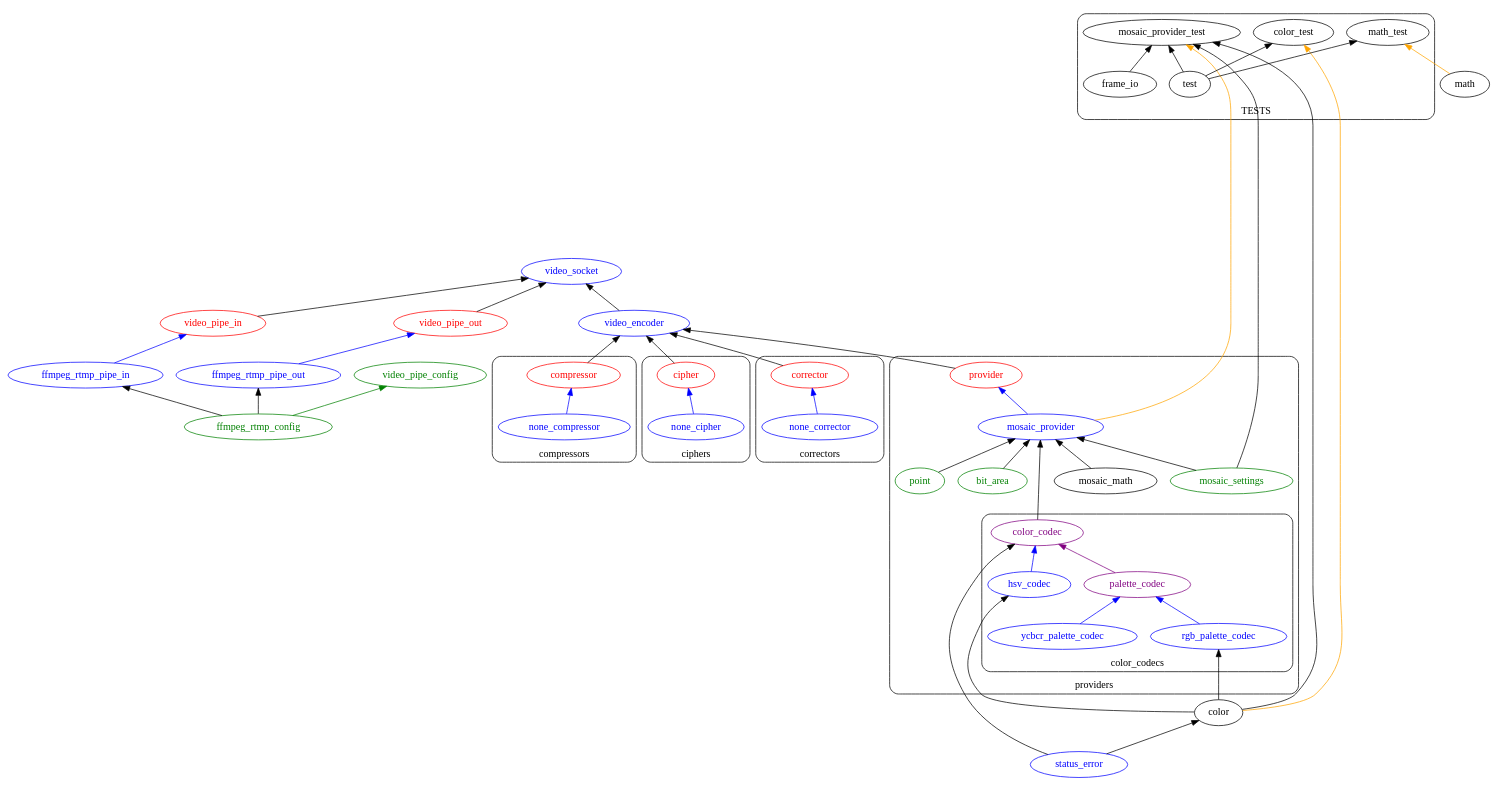
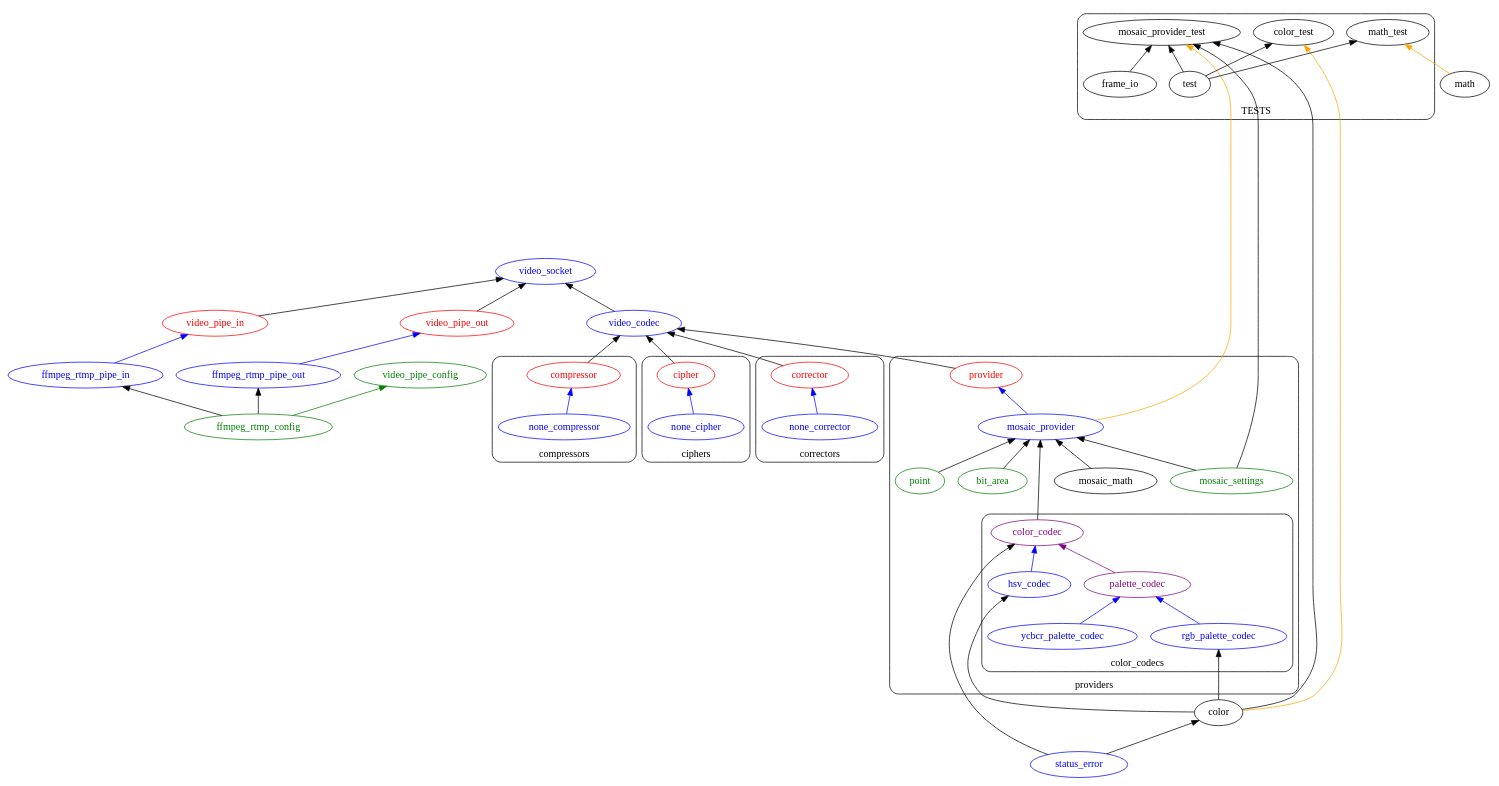
One commit to libera-cifero/Korra changed the diagram in docs/architecture.dot. Above: the diagram before and after it, drawn with Graphviz. The commit also changed 90 other files, not shown here.

Commit message:
encoder->codec

```diff
--- a/docs/architecture.dot
+++ b/docs/architecture.dot
@@ -1,188 +1,188 @@
 digraph {
     rankdir=BT;
 
     subgraph src{
         subgraph encoder{
             subgraph cluster_providers {
                 label="providers";
                 style=rounded;
                 color=black;
 
                 provider[
                     color=red;
                     fontcolor=red;
                 ];
                 mosaic_provider[
                     color=blue;
                     fontcolor=blue;
                 ];
 
                 subgraph mosaic {
                     bit_area [fontcolor=green; color = green;];
                     point [fontcolor=green; color = green;];
                     mosaic_math;
                     mosaic_settings [fontcolor=green; color = green;];
                     
                     mosaic_settings->mosaic_provider;
                     
                     point->mosaic_provider;
 
                     bit_area->mosaic_provider;
 
                     mosaic_math->mosaic_provider;
                     
 
                     
                     subgraph cluster_color_codecs{
                         label="color_codecs";
                         color_codec [
                             color=purple;
                             fontcolor=purple;
                         ];
                         hsv_codec [
                             color=blue;
                             fontcolor=blue;
                         ];
                         palette_codec[
                             color=purple;
                             fontcolor=purple;
                         ];
                         rgb_palette_codec[
                             color=blue;
                             fontcolor=blue;
                         ];
                         ycbcr_palette_codec[
                             color=blue;
                             fontcolor=blue;
                         ];
                         hsv_codec->color_codec [color=blue; ];
                         palette_codec->color_codec[color=purple;];   
                         rgb_palette_codec->palette_codec [color=blue;];
                         ycbcr_palette_codec->palette_codec [color=blue];
                     }
                     color_codec->mosaic_provider [minlen=2;];
                 }
 
                 mosaic_provider->provider[color = blue;];
             }
             subgraph cluster_compressors {
                 label="compressors";
                 style=rounded;
                 color=black;
                 compressor [
                     color=red;
                     fontcolor=red;
                 ];
                 none_compressor [
                     color=blue;
                     fontcolor=blue;
                 ];
                 none_compressor->compressor [color=blue];
             }
 
             subgraph cluster_ciphers 
             {
                 label="ciphers";
                 style=rounded;
                 color=black;
 
                 cipher[
                     color = red;
                     fontcolor=red;
                 ];
                 none_cipher [
                     color=blue;
                     fontcolor=blue;
                 ];
 
                 none_cipher->cipher [color=blue];
             }
 
             subgraph cluster_correctors{
                 label="correctors";
                 style=rounded;
                 color=black;
 
                 corrector[
                     color = red;
                     fontcolor=red;
                 ];
                 none_corrector [
                     color=blue;
                     fontcolor=blue;
                 ];
 
                 none_corrector->corrector [color=blue];
             }
 
-            video_encoder [color=blue;fontcolor=blue;];
+            video_codec [color=blue;fontcolor=blue;];
             color;
             status_error[color=blue; fontcolor=blue;];
             math;
             
             
-            provider->video_encoder; 
-            compressor->video_encoder;
-            cipher->video_encoder;
-            corrector->video_encoder;
+            provider->video_codec; 
+            compressor->video_codec;
+            cipher->video_codec;
+            corrector->video_codec;
 
             color->rgb_palette_codec;
             color->hsv_codec;
             
             status_error->color;
             status_error->color_codec;
 
         }
         subgraph video_pipes {
             label="video_pipes";
             video_pipe_in [color=red; fontcolor=red;];
             video_pipe_out [color = red; fontcolor=red;];
             ffmpeg_rtmp_pipe_in [color=blue;fontcolor=blue;];
             ffmpeg_rtmp_pipe_out [color=blue;fontcolor=blue;];
 
             video_pipe_config [color=green; fontcolor=green;];
             ffmpeg_rtmp_config [color=green;fontcolor=green;];
 
             ffmpeg_rtmp_config->video_pipe_config [color=green;];
 
             ffmpeg_rtmp_pipe_in->video_pipe_in [color=blue;];
             ffmpeg_rtmp_pipe_out->video_pipe_out [color=blue;];
             
             ffmpeg_rtmp_config->ffmpeg_rtmp_pipe_in;
             ffmpeg_rtmp_config->ffmpeg_rtmp_pipe_out;
         }
 
         video_socket [color=blue; fontcolor=blue;];
         
-        video_encoder->video_socket [weight=2;];
+        video_codec->video_socket [weight=2;];
         video_pipe_in->video_socket;
         video_pipe_out->video_socket;
     }
 
     subgraph cluster_test{
         style=rounded;
         label="TESTS";
         subgraph lib{
             test;
         }
 
         color_test;
         mosaic_provider_test;
         math_test;
         
         test->color_test;
         test->mosaic_provider_test;
         test->math_test;
 
         frame_io->mosaic_provider_test;
     }
 
     color->mosaic_provider_test;
     mosaic_settings->mosaic_provider_test;
     mosaic_provider->mosaic_provider_test [color=orange; minlen=10;];
 
     color->color_test [color=orange;];
 
     math->math_test [color=orange;];
 
 }
```
